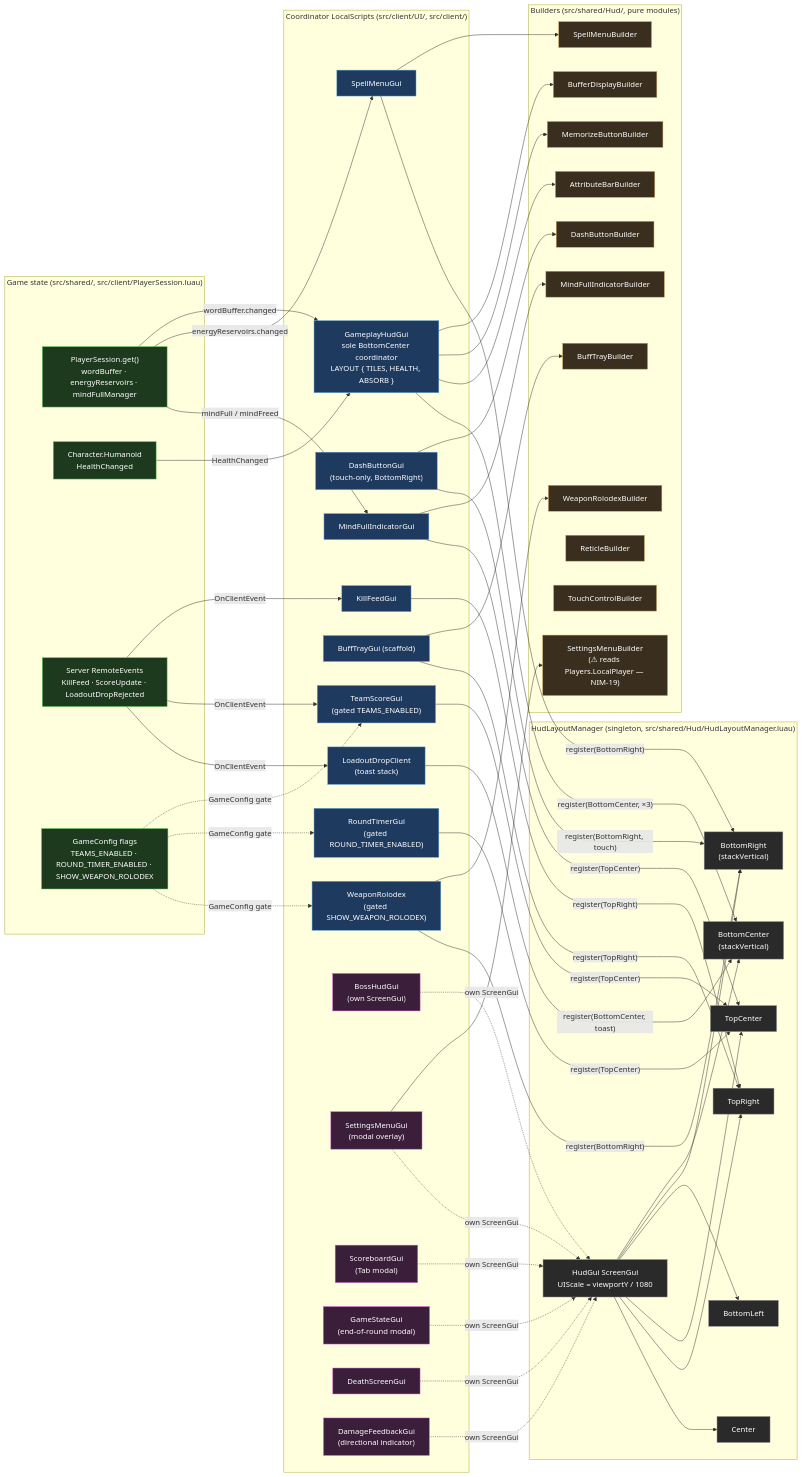
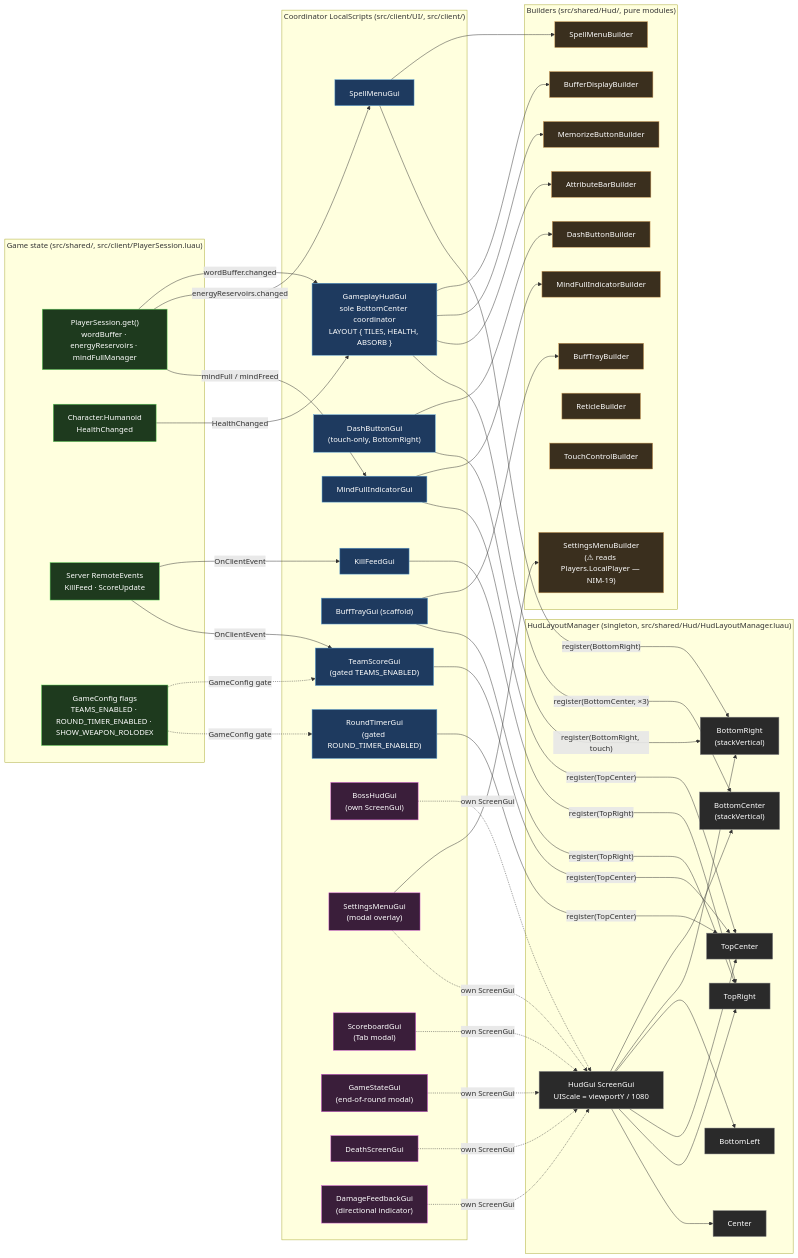
One commit to Lukizanda/brain-fighter changed the diagram in wiki/systems/HUD.md. Above: the diagram before and after it, drawn with Mermaid. The commit also changed other lines of this file and 12 other files, not shown here.

````diff
--- a/wiki/systems/HUD.md
+++ b/wiki/systems/HUD.md
@@ -23,7 +23,7 @@
   subgraph SRC["Game state (src/shared/, src/client/PlayerSession.luau)"]
     PS["PlayerSession.get()<br/>wordBuffer · energyReservoirs · mindFullManager"]:::state
     HUM["Character.Humanoid<br/>HealthChanged"]:::state
-    REM["Server RemoteEvents<br/>KillFeed · ScoreUpdate · LoadoutDropRejected"]:::state
+    REM["Server RemoteEvents<br/>KillFeed · ScoreUpdate"]:::state
     CFG["GameConfig flags<br/>TEAMS_ENABLED · ROUND_TIMER_ENABLED · SHOW_WEAPON_ROLODEX"]:::state
   end
 
@@ -47,8 +47,6 @@
     BTG["BuffTrayGui (scaffold)"]:::coord
     TSG["TeamScoreGui<br/>(gated TEAMS_ENABLED)"]:::coord
     RTG["RoundTimerGui<br/>(gated ROUND_TIMER_ENABLED)"]:::coord
-    WRG["WeaponRolodex<br/>(gated SHOW_WEAPON_ROLODEX)"]:::coord
-    LDC["LoadoutDropClient<br/>(toast stack)"]:::coord
     BHG["BossHudGui<br/>(own ScreenGui)"]:::modal
     SMGUI["SettingsMenuGui<br/>(modal overlay)"]:::modal
     SBG["ScoreboardGui<br/>(Tab modal)"]:::modal
@@ -65,7 +63,6 @@
     MFB["MindFullIndicatorBuilder"]:::builder
     DBB["DashButtonBuilder"]:::builder
     BTB["BuffTrayBuilder"]:::builder
-    WRB["WeaponRolodexBuilder"]:::builder
     RTB["ReticleBuilder"]:::builder
     TCB["TouchControlBuilder"]:::builder
     STB["SettingsMenuBuilder<br/>(⚠ reads Players.LocalPlayer — NIM-19)"]:::builder
@@ -77,7 +74,6 @@
   DBG --> DBB
   MFI --> MFB
   BTG --> BTB
-  WRG --> WRB
   SMGUI --> STB
 
   %% --- coordinator → HudLayoutManager region ---
@@ -88,9 +84,7 @@
   BTG -- "register(TopRight)" --> TR
   TSG -- "register(TopCenter)" --> TC
   RTG -- "register(TopCenter)" --> TC
-  WRG -- "register(BottomRight)" --> BR
   DBG -- "register(BottomRight, touch)" --> BR
-  LDC -- "register(BottomCenter, toast)" --> BC
 
   %% --- modal / own-ScreenGui (bypass HudLayoutManager) ---
   BHG -.->|own ScreenGui| HM
@@ -105,6 +99,6 @@
   PS -- "energyReservoirs.changed" --> SMG
   PS -- "mindFull / mindFreed" --> MFI
   HUM -- "HealthChanged" --> GHUD
-  REM -- "OnClientEvent" --> KFG & TSG & LDC
-  CFG -. "GameConfig gate" .-> TSG & RTG & WRG
+  REM -- "OnClientEvent" --> KFG & TSG
+  CFG -. "GameConfig gate" .-> TSG & RTG
 ```
````
